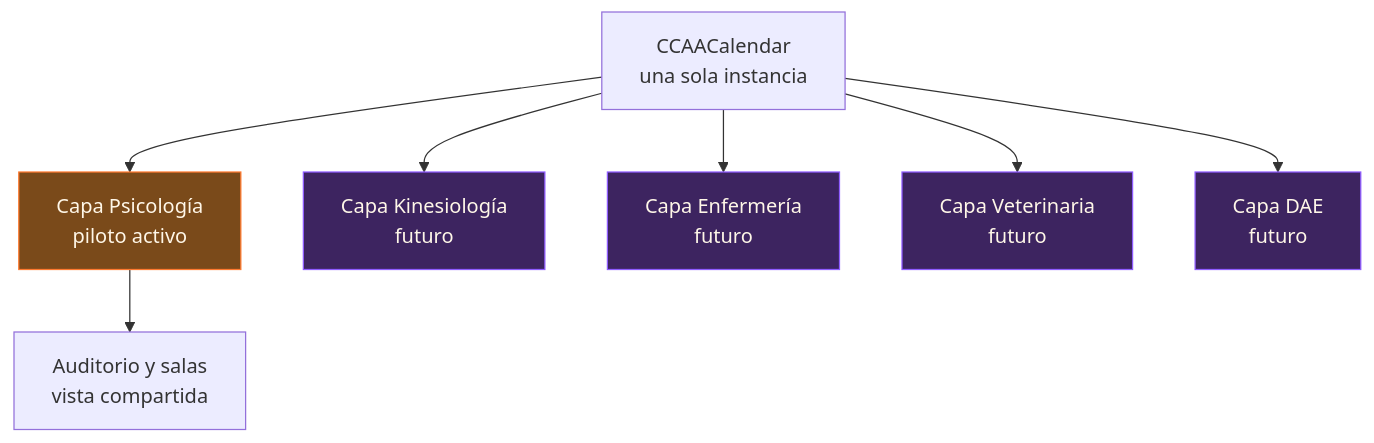
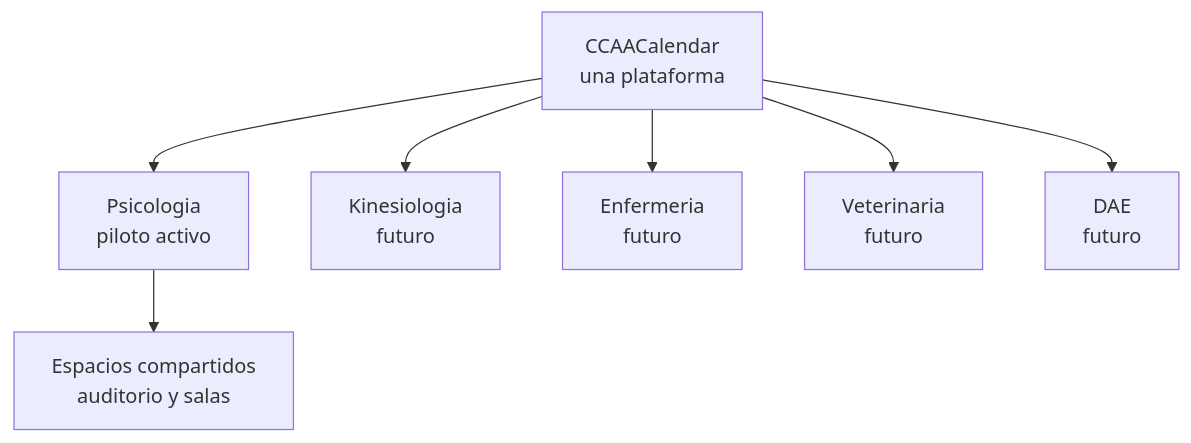
One commit to JackStar6677-1/CCAACalendar changed diagram 12 of 16 in README.md. Above: the diagram before and after it, drawn with Mermaid. The commit also changed other lines of this file, not shown here.

Commit message:
docs: corrige diagramas y actualiza estado del piloto

````diff
--- a/README.md
+++ b/README.md
@@ -267,17 +139,9 @@
 ```mermaid
-flowchart TB
-    App["CCAACalendar\nuna sola instancia"]
-
-    App --> P["Capa Psicología\npiloto activo"]
-    App --> K["Capa Kinesiología\nfuturo"]
-    App --> E["Capa Enfermería\nfuturo"]
-    App --> V["Capa Veterinaria\nfuturo"]
-    App --> D["Capa DAE\nfuturo"]
-
-    P --> S["Auditorio y salas\nvista compartida"]
-
-    classDef live fill:#7a4a1a,stroke:#ff7a2f,color:#fff7e8
-    classDef future fill:#3d2460,stroke:#8f5cff,color:#fff7e8
-    class P live
-    class K,E,V,D future
+graph TD
+    APP["CCAACalendar<br/>una plataforma"] --> P["Psicologia<br/>piloto activo"]
+    APP --> K["Kinesiologia<br/>futuro"]
+    APP --> EN["Enfermeria<br/>futuro"]
+    APP --> V["Veterinaria<br/>futuro"]
+    APP --> DAE["DAE<br/>futuro"]
+    P --> ESP["Espacios compartidos<br/>auditorio y salas"]
 ```
````
